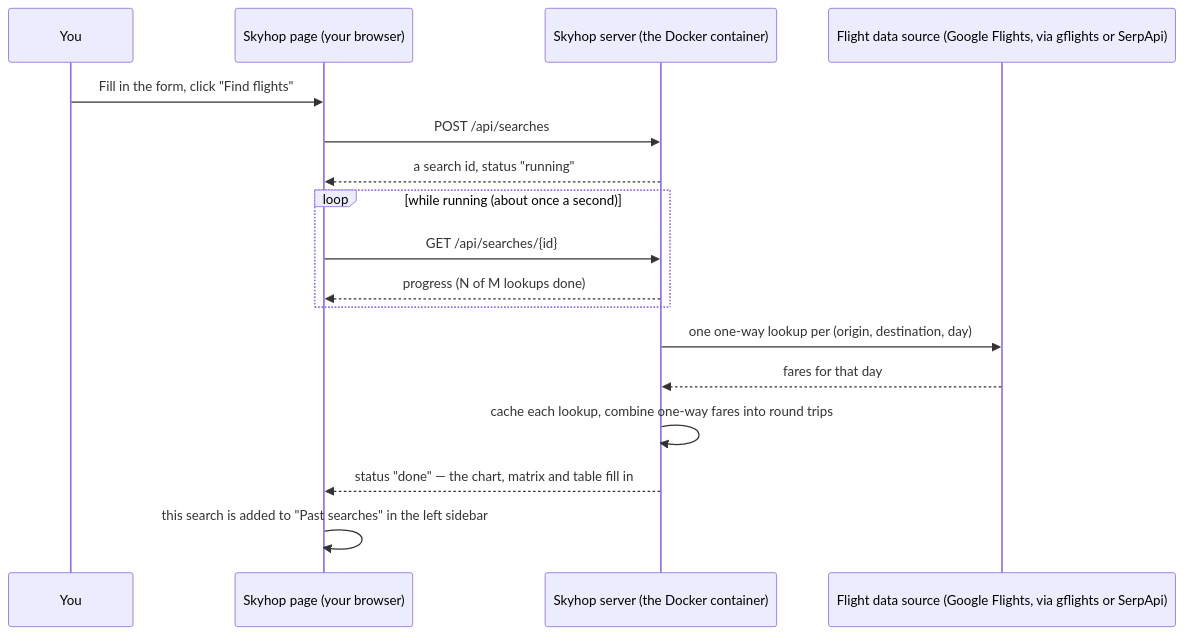
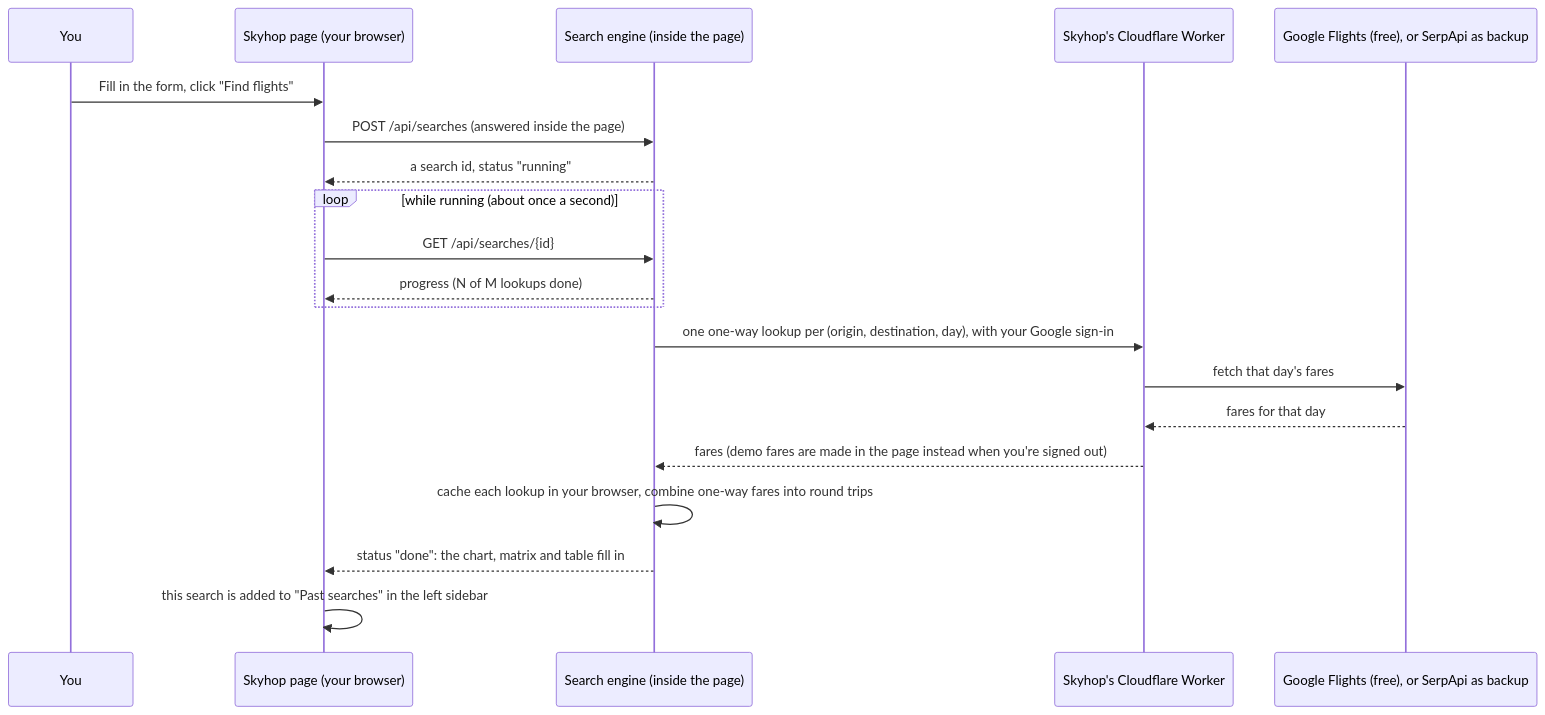
Before and after one commit to alon24/AiTravelSearcher: the second of 5 diagrams in README.md, drawn with Mermaid. The commit also changed other lines of this file and 98 other files, not shown here.

First line of the commit message:
Skyhop is now one version: the live site, with the Docker server retired

````diff
--- a/README.md
+++ b/README.md
@@ -67,19 +72,22 @@
 ```mermaid
 sequenceDiagram
     participant You
     participant Page as Skyhop page (your browser)
-    participant Server as Skyhop server (the Docker container)
-    participant Source as Flight data source (Google Flights, via gflights or SerpApi)
+    participant Engine as Search engine (inside the page)
+    participant Worker as Skyhop's Cloudflare Worker
+    participant Source as Google Flights (free), or SerpApi as backup
     You->>Page: Fill in the form, click "Find flights"
-    Page->>Server: POST /api/searches
-    Server-->>Page: a search id, status "running"
+    Page->>Engine: POST /api/searches (answered inside the page)
+    Engine-->>Page: a search id, status "running"
     loop while running (about once a second)
-        Page->>Server: GET /api/searches/{id}
-        Server-->>Page: progress (N of M lookups done)
+        Page->>Engine: GET /api/searches/{id}
+        Engine-->>Page: progress (N of M lookups done)
     end
-    Server->>Source: one one-way lookup per (origin, destination, day)
-    Source-->>Server: fares for that day
-    Server->>Server: cache each lookup, combine one-way fares into round trips
-    Server-->>Page: status "done" — the chart, matrix and table fill in
+    Engine->>Worker: one one-way lookup per (origin, destination, day), with your Google sign-in
+    Worker->>Source: fetch that day's fares
+    Source-->>Worker: fares for that day
+    Worker-->>Engine: fares (demo fares are made in the page instead when you're signed out)
+    Engine->>Engine: cache each lookup in your browser, combine one-way fares into round trips
+    Engine-->>Page: status "done": the chart, matrix and table fill in
     Page->>Page: this search is added to "Past searches" in the left sidebar
 ```
````
